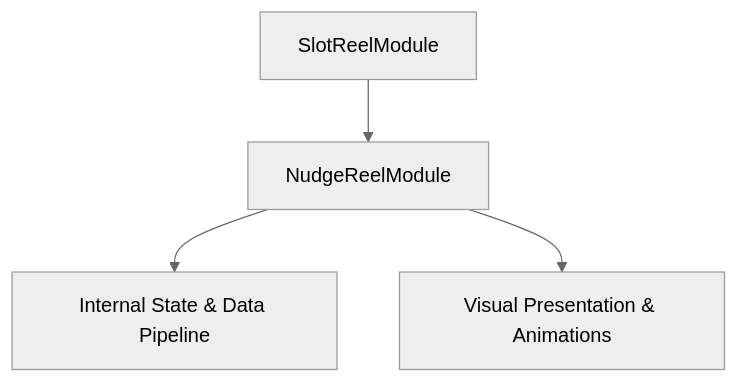
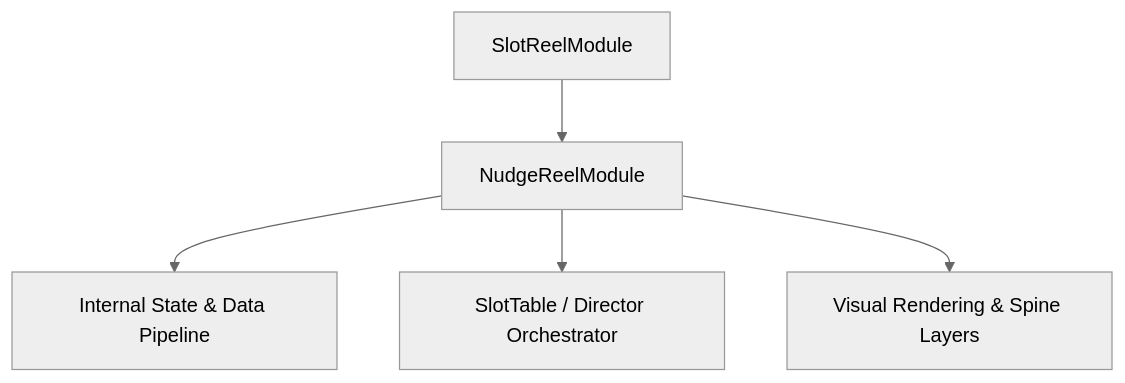
Before and after one commit to lam-ark/mcp-fwcc: the diagram in docs/cc_slot_mechanics/modules/NudgeReelModule/01_overview/01_architecture_and_role.md, drawn with Mermaid (neutral theme). The commit also changed other lines of this file and 2509 other files, not shown here.

````diff
--- a/docs/cc_slot_mechanics/modules/NudgeReelModule/01_overview/01_architecture_and_role.md
+++ b/docs/cc_slot_mechanics/modules/NudgeReelModule/01_overview/01_architecture_and_role.md
@@ -18,6 +24,7 @@
 ```mermaid
 graph TD
-    Parent[SlotReelModule] --> Mod[NudgeReelModule]
-    Mod --> State[Internal State & Data Pipeline]
-    Mod --> Render[Visual Presentation & Animations]
+    SuperClass[SlotReelModule] --> TargetClass[NudgeReelModule]
+    TargetClass --> DataPipeline[Internal State & Data Pipeline]
+    TargetClass --> Orchestrator[SlotTable / Director Orchestrator]
+    TargetClass --> ViewLayer[Visual Rendering & Spine Layers]
 ```
````
